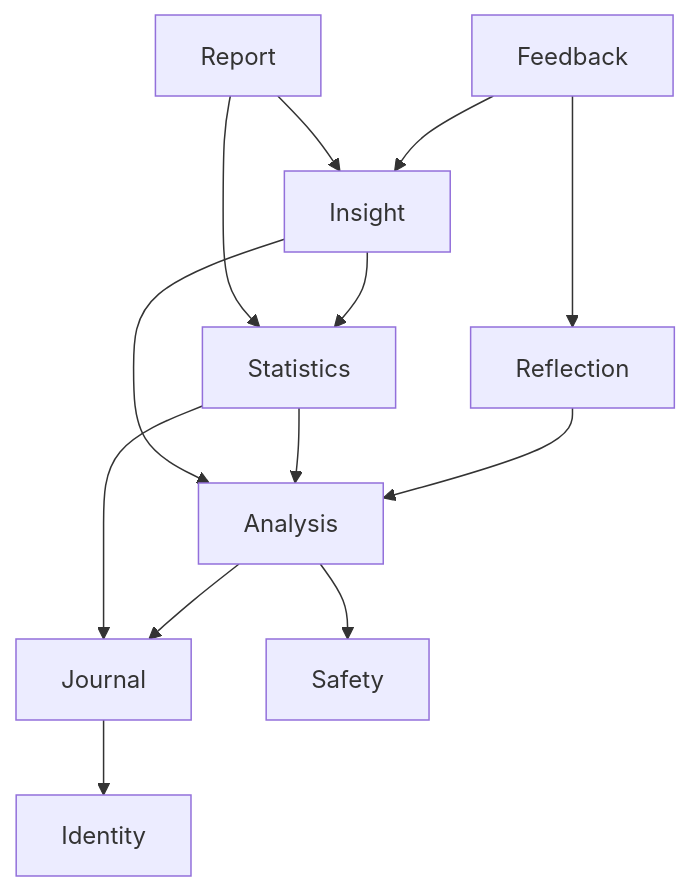
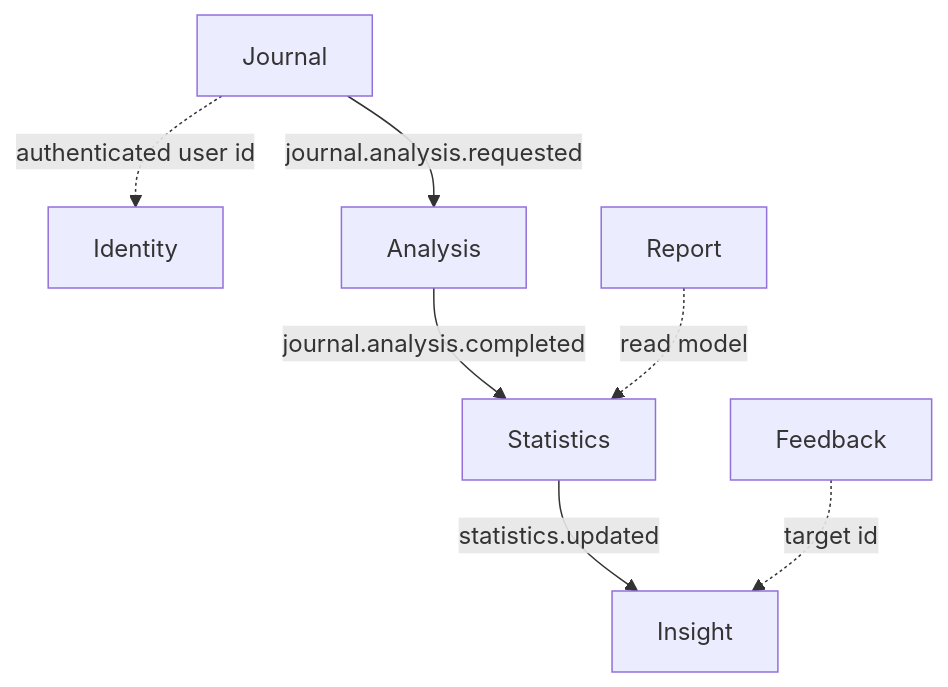
One commit to MinhThienNguyen040905/my-log-platform changed the second of 5 diagrams in docs/BACKEND_ARCHITECTURE.md. Above: the diagram before and after it, drawn with Mermaid. The commit also changed other lines of this file and 256 other files, not shown here.

````diff
--- a/docs/BACKEND_ARCHITECTURE.md
+++ b/docs/BACKEND_ARCHITECTURE.md
@@ -394,25 +417,17 @@
 ```mermaid
 flowchart TD
     ID[Identity]
     J[Journal]
     A[Analysis]
-    S[Safety]
-    R[Reflection]
     ST[Statistics]
     I[Insight]
     F[Feedback]
     RP[Report]
 
-    J --> ID
-    A --> J
-    A --> S
-    R --> A
-    ST --> J
-    ST --> A
-    I --> ST
-    I --> A
-    F --> R
-    F --> I
-    RP --> ST
-    RP --> I
+    J -. authenticated user id .-> ID
+    J -- journal.analysis.requested --> A
+    A -- journal.analysis.completed --> ST
+    ST -- statistics.updated --> I
+    F -. target id .-> I
+    RP -. read model .-> ST
 ```
````
